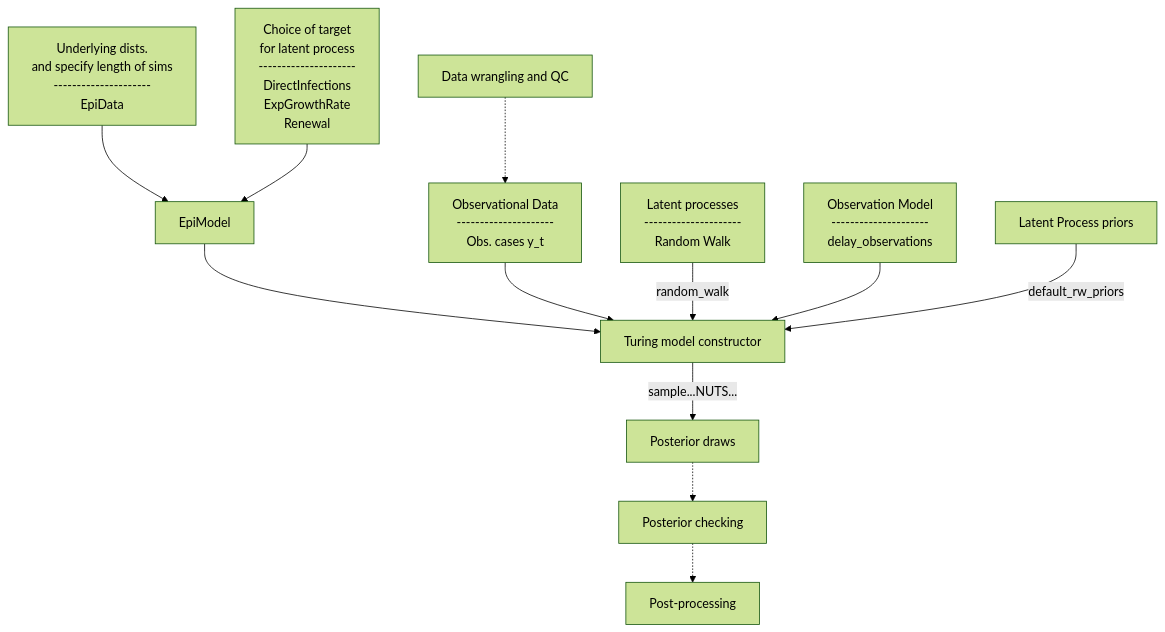
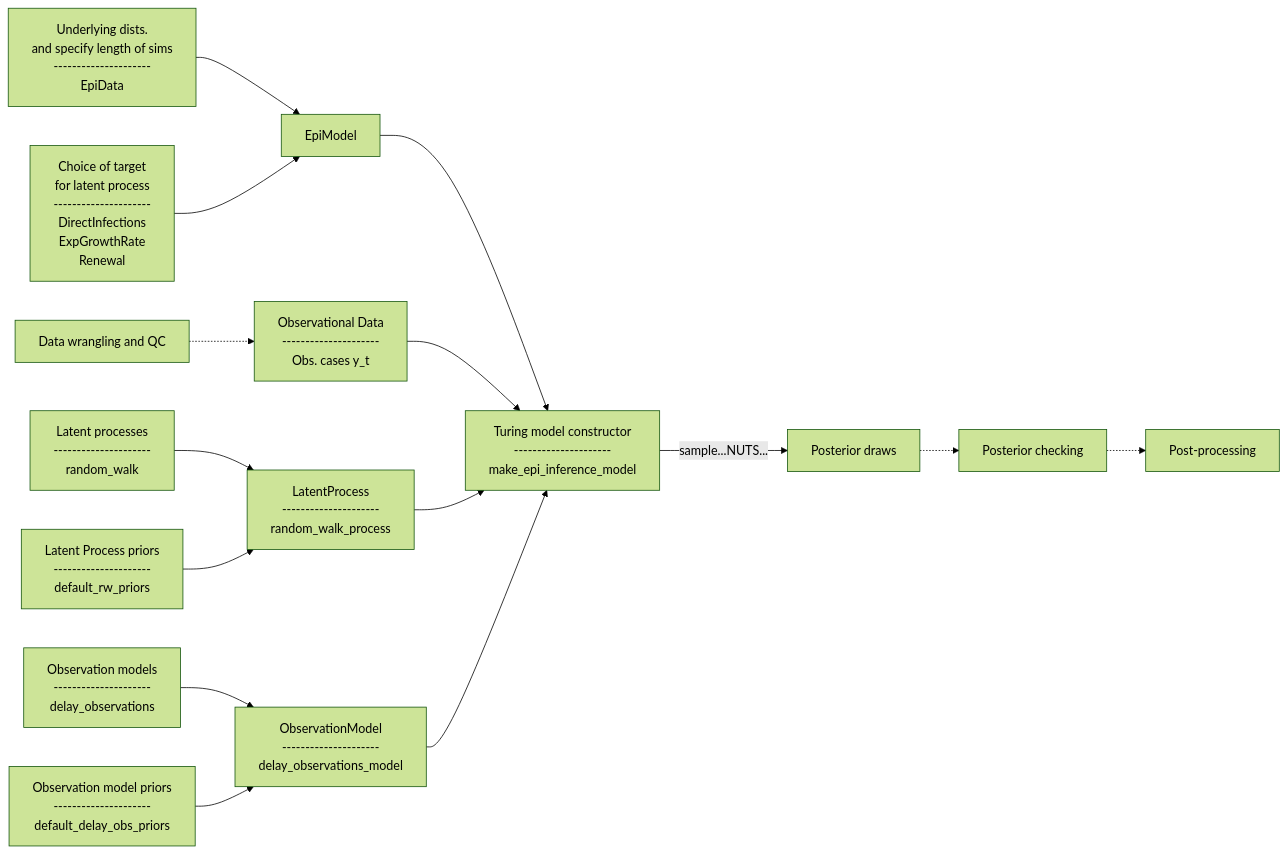
One commit to CDCgov/Rt-without-renewal changed the diagram in EpiAware/README.md. Above: the diagram before and after it, drawn with Mermaid (forest theme). The commit also changed other lines of this file, not shown here.

Commit message:
Update EpiAware README

````diff
--- a/EpiAware/README.md
+++ b/EpiAware/README.md
@@ -9,43 +10,59 @@
 ```mermaid
-flowchart TD
+flowchart LR
 
     A["Underlying dists.
 and specify length of sims
 ---------------------
 EpiData"]
 
     B["Choice of target
 for latent process
 ---------------------
 DirectInfections
     ExpGrowthRate
     Renewal"]
 
 C["Observational Data
 ---------------------
 Obs. cases y_t"]
 D["Latent processes
 ---------------------
-Random Walk"]
-E[Turing model constructor]
-F["Latent Process priors"]
+random_walk"]
+E["Turing model constructor
+---------------------
+make_epi_inference_model"]
+F["Latent Process priors
+---------------------
+default_rw_priors"]
 G[Posterior draws]
 H[Posterior checking]
 I[Post-processing]
 DataW[Data wrangling and QC]
-J["Observation Model
+J["Observation models
 ---------------------
 delay_observations"]
+K["Observation model priors
+---------------------
+default_delay_obs_priors"]
+ObservationModel["ObservationModel
+---------------------
+delay_observations_model"]
+LatentProcess["LatentProcess
+---------------------
+random_walk_process"]
 
 A --> EpiModel
 B --> EpiModel
 EpiModel -->E
 C-->E
-D-->|random_walk| E
-J-->E
-F-->|default_rw_priors|E
+D-->LatentProcess
+F-->LatentProcess
+J-->ObservationModel
+K-->ObservationModel
+LatentProcess-->E
+ObservationModel-->E
 E-->|sample...NUTS...| G
 G-.->H
 H-.->I
 DataW-.->C
 ```
````
